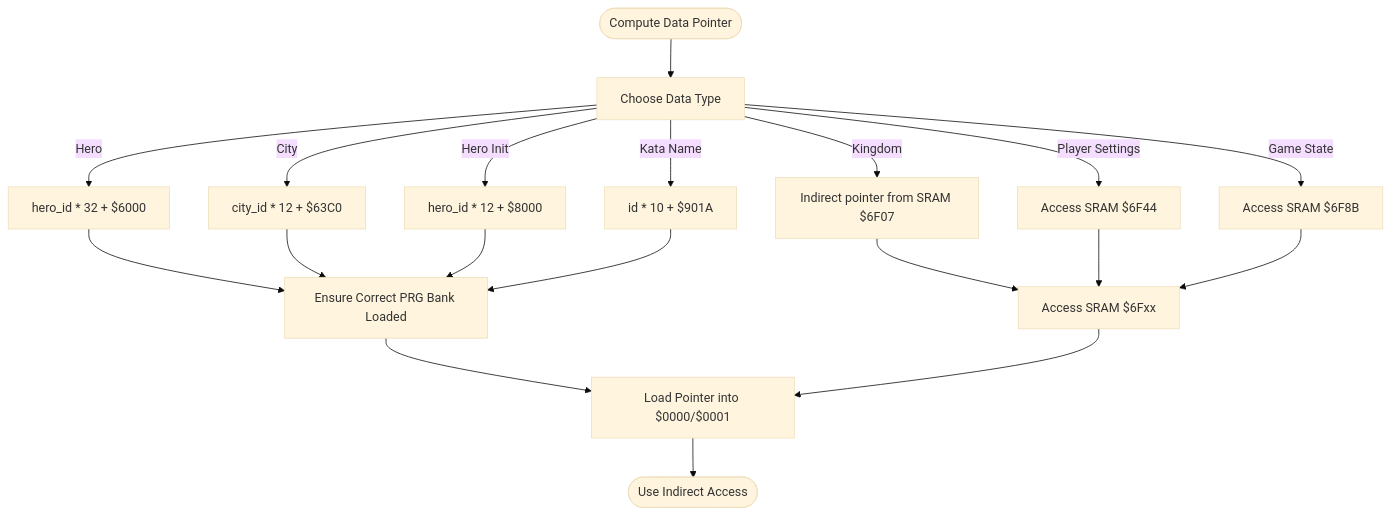
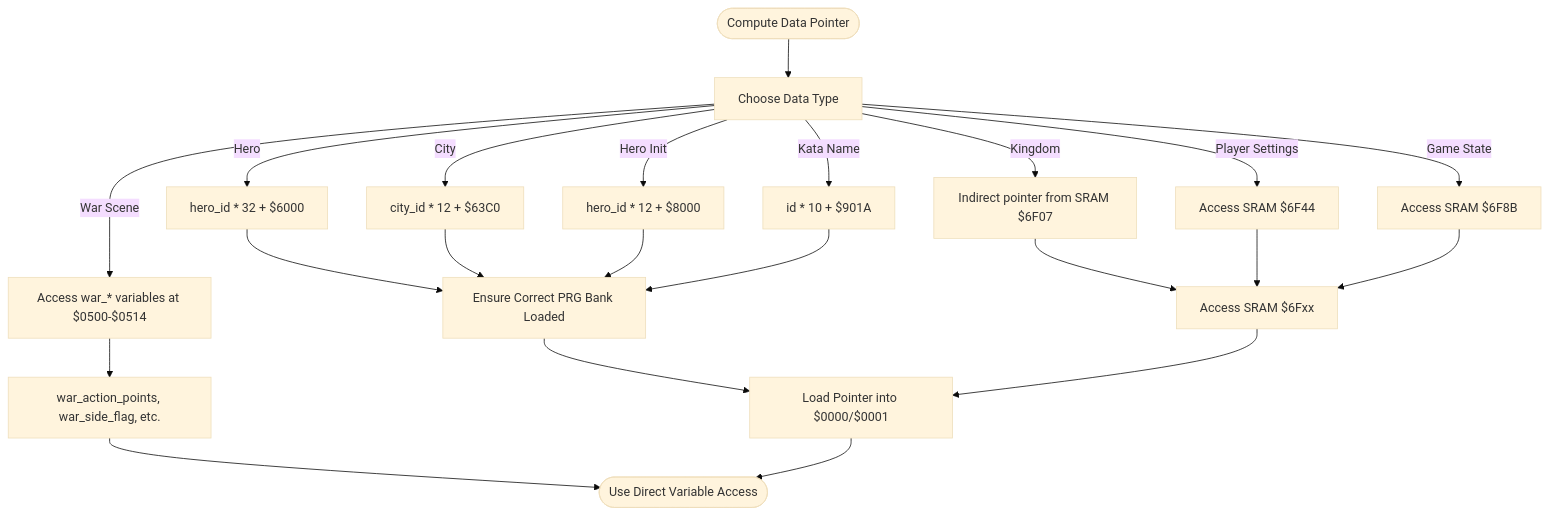
Before and after one commit to rabbyzero/sango2dasm: the third of 12 diagrams in .qoder/repowiki/en/content/Data Access and Memory Management/Data Access and Memory Management.md, drawn with Mermaid (base theme). The commit also changed other lines of this file and 11 other files, not shown here.

````diff
--- a/.qoder/repowiki/en/content/Data Access and Memory Management/Data Access and Memory Management.md
+++ b/.qoder/repowiki/en/content/Data Access and Memory Management/Data Access and Memory Management.md
@@ -201,21 +206,24 @@
 ```mermaid
 flowchart TD
 Start(["Compute Data Pointer"]) --> Choose["Choose Data Type"]
 Choose --> |Hero| Hero["hero_id * 32 + $6000"]
 Choose --> |City| City["city_id * 12 + $63C0"]
 Choose --> |Hero Init| Init["hero_id * 12 + $8000"]
 Choose --> |Kata Name| Kata["id * 10 + $901A"]
 Choose --> |Kingdom| KPtr["Indirect pointer from SRAM $6F07"]
+Choose --> |War Scene| WarScene["Access war_* variables at $0500-$0514"]
 Choose --> |Player Settings| PSettings["Access SRAM $6F44"]
 Choose --> |Game State| GState["Access SRAM $6F8B"]
 Hero --> BankSel["Ensure Correct PRG Bank Loaded"]
 City --> BankSel
 Init --> BankSel
 Kata --> BankSel
 KPtr --> SRAM["Access SRAM $6Fxx"]
+WarScene --> WarVars["war_action_points, war_side_flag, etc."]
 PSettings --> SRAM
 GState --> SRAM
 BankSel --> Indirect["Load Pointer into $0000/$0001"]
 SRAM --> Indirect
-Indirect --> End(["Use Indirect Access"])
+WarVars --> End(["Use Direct Variable Access"])
+Indirect --> End
 ```
````
